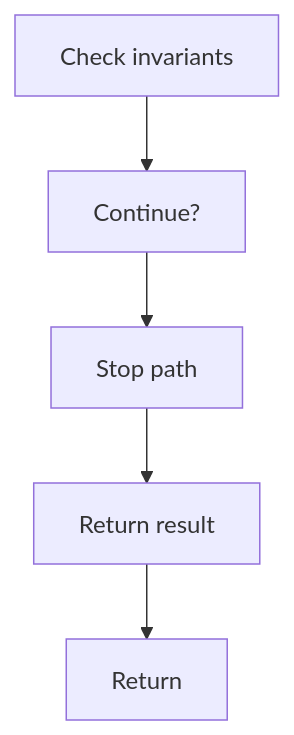
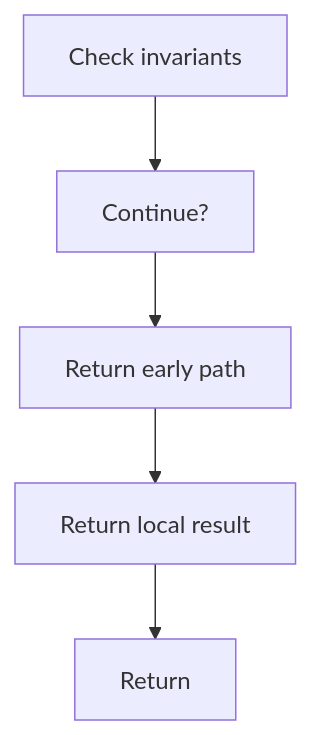
The second of 2 diagrams in docs/Codebase/Microservice/Modules/Source/OutputGeneration/Report/pipeline_report_to_json.cpp.md (JohnAndrewBalbarosa/NeoTerritory), drawn with Mermaid before and after one commit. The commit also changed other lines of this file and 925 other files, not shown here.

````diff
--- a/docs/Codebase/Microservice/Modules/Source/OutputGeneration/Report/pipeline_report_to_json.cpp.md
+++ b/docs/Codebase/Microservice/Modules/Source/OutputGeneration/Report/pipeline_report_to_json.cpp.md
@@ -58,12 +58,12 @@
 ```mermaid
 flowchart TD
     N0["Check invariants"]
     N1["Continue?"]
-    N2["Stop path"]
-    N3["Return result"]
+    N2["Return early path"]
+    N3["Return local result"]
     N4["Return"]
     N0 --> N1
     N1 --> N2
     N2 --> N3
     N3 --> N4
 ```
````
